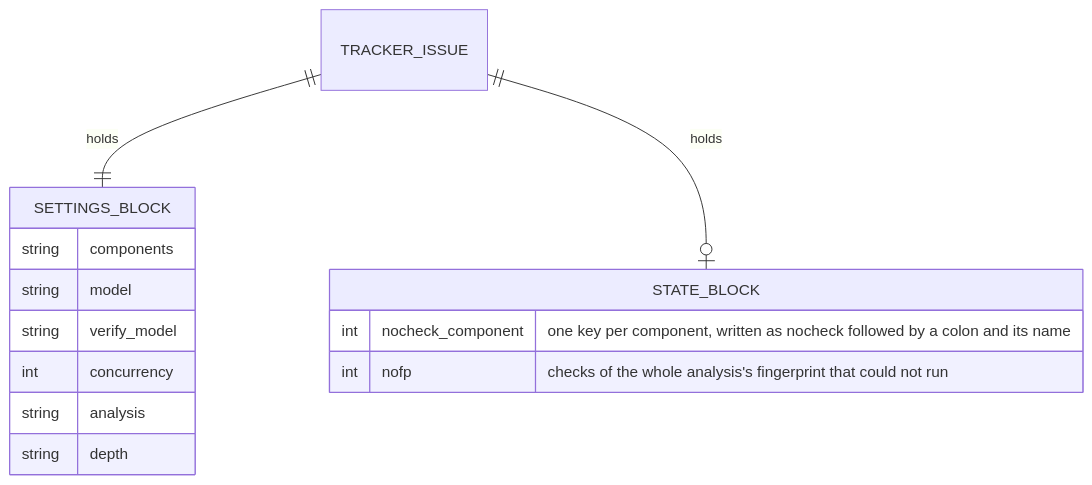
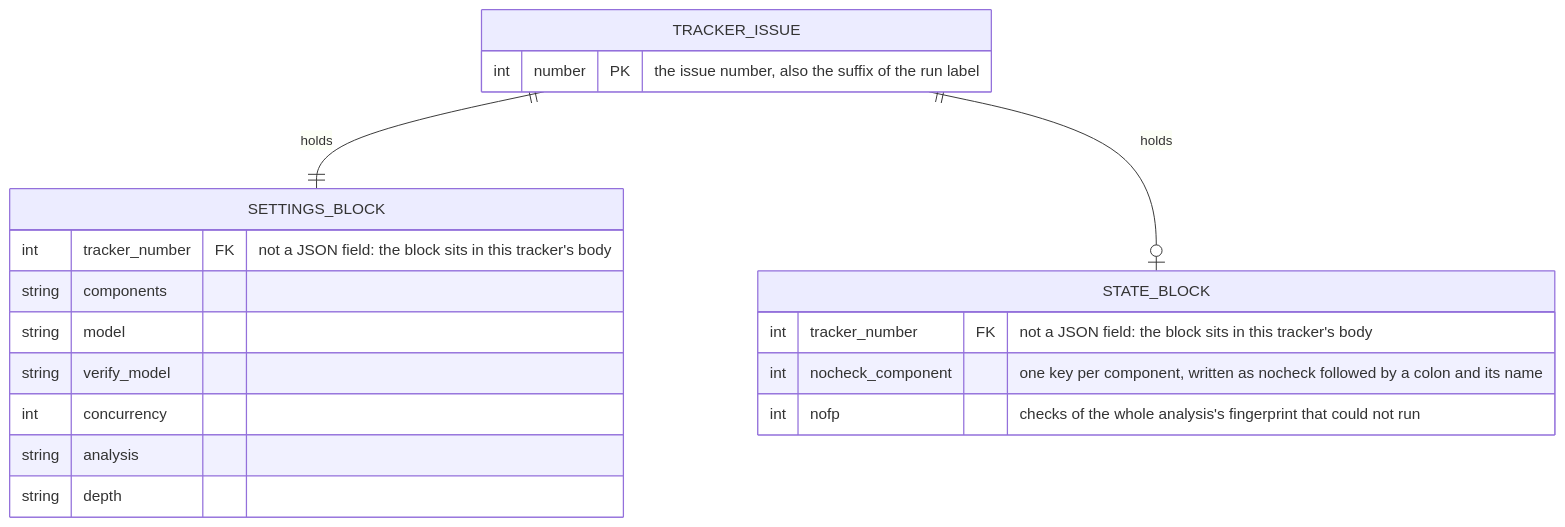
One commit to vishalc412/bible-mode-b-test changed the second of 7 diagrams in codebase-analysis/hld/04-data-architecture.md. Above: the diagram before and after it, drawn with Mermaid. The commit also changed other lines of this file and 41 other files, not shown here.

````diff
--- a/codebase-analysis/hld/04-data-architecture.md
+++ b/codebase-analysis/hld/04-data-architecture.md
@@ -54,17 +54,22 @@
 ```mermaid
 erDiagram
   TRACKER_ISSUE ||--|| SETTINGS_BLOCK : "holds"
   TRACKER_ISSUE ||--o| STATE_BLOCK : "holds"
+  TRACKER_ISSUE {
+    int number PK "the issue number, also the suffix of the run label"
+  }
   SETTINGS_BLOCK {
+    int tracker_number FK "not a JSON field: the block sits in this tracker's body"
     string components
     string model
     string verify_model
     int concurrency
     string analysis
     string depth
   }
   STATE_BLOCK {
+    int tracker_number FK "not a JSON field: the block sits in this tracker's body"
     int nocheck_component "one key per component, written as nocheck followed by a colon and its name"
     int nofp "checks of the whole analysis's fingerprint that could not run"
   }
 ```
````
